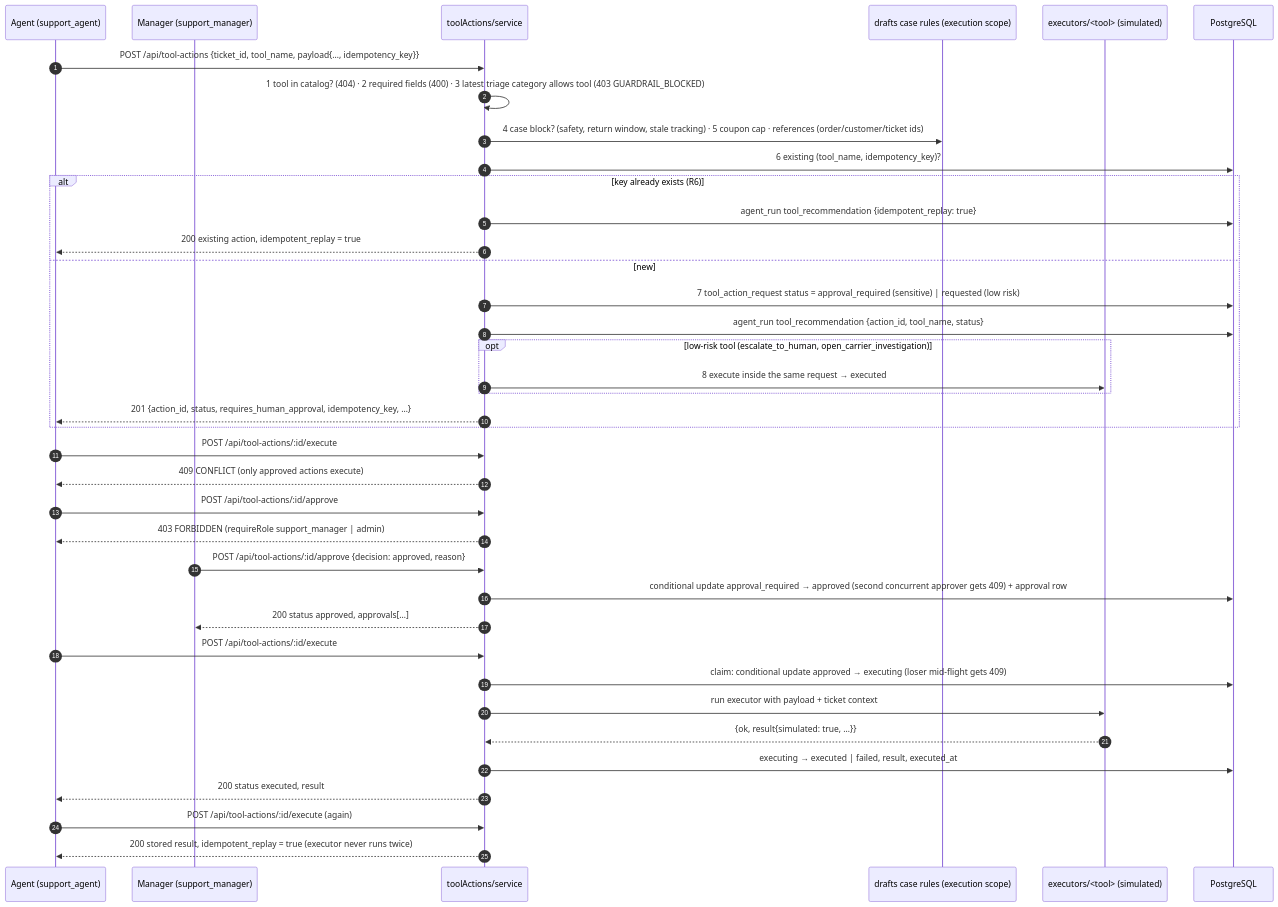
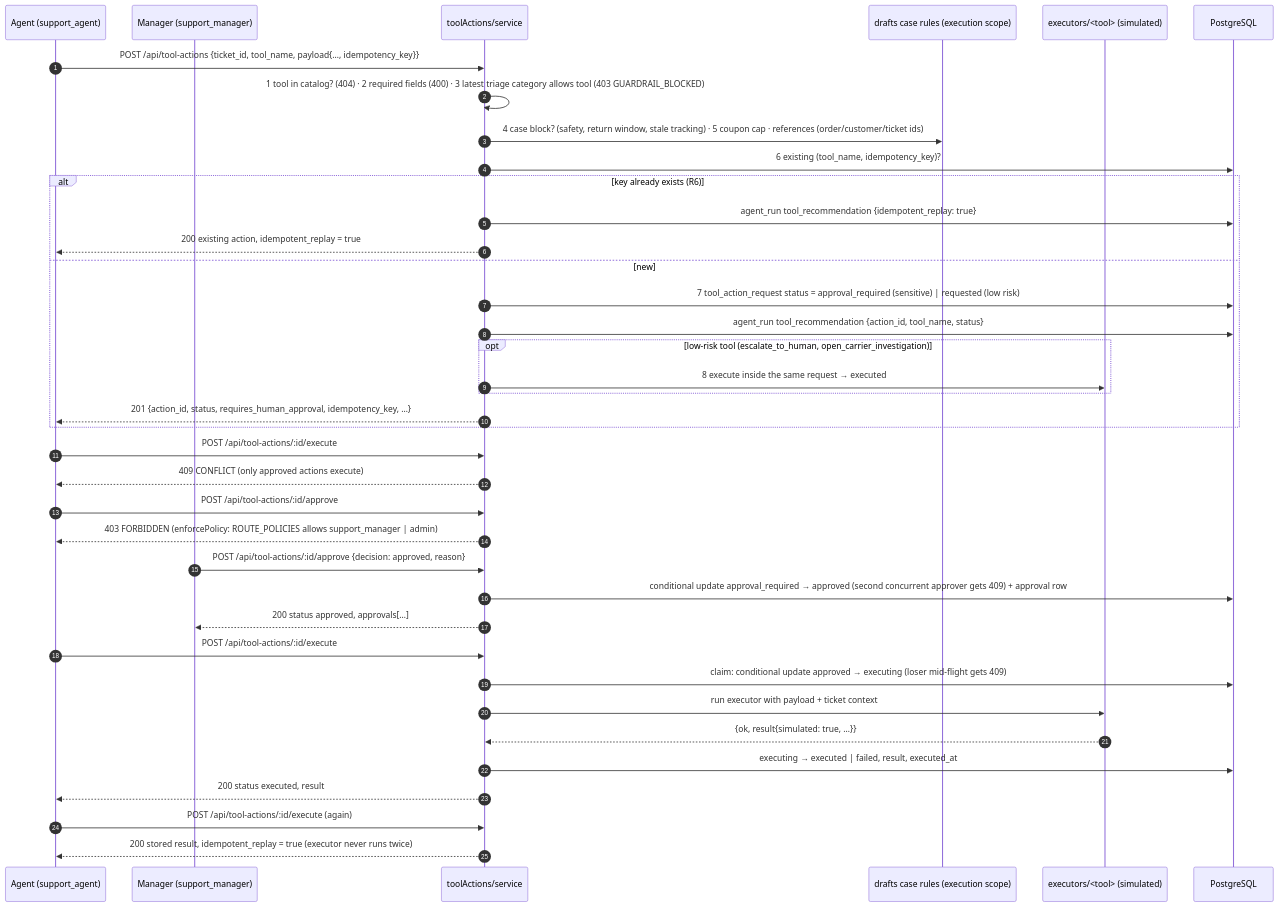
Before and after one commit to nitishkumar-builds/trustdesk: the third of 3 diagrams in docs_project/ARCHITECTURE.md, drawn with Mermaid. The commit also changed other lines of this file and 21 other files, not shown here.

Commit message:
Phase 11 post-review: case-insensitive route policy, retry usage accounting, price-table boot validation, embedding model filter, pagination, doc fixes

````diff
--- a/docs_project/ARCHITECTURE.md
+++ b/docs_project/ARCHITECTURE.md
@@ -151,46 +156,46 @@
 ```mermaid
 sequenceDiagram
     autonumber
     participant Agent as Agent (support_agent)
     participant Mgr as Manager (support_manager)
     participant S as toolActions/service
     participant RR as drafts case rules (execution scope)
     participant X as executors/<tool> (simulated)
     participant DB as PostgreSQL
 
     Agent->>S: POST /api/tool-actions {ticket_id, tool_name, payload{…, idempotency_key}}
     S->>S: 1 tool in catalog? (404) · 2 required fields (400) · 3 latest triage category allows tool (403 GUARDRAIL_BLOCKED)
     S->>RR: 4 case block? (safety, return window, stale tracking) · 5 coupon cap · references (order/customer/ticket ids)
     S->>DB: 6 existing (tool_name, idempotency_key)?
     alt key already exists (R6)
         S->>DB: agent_run tool_recommendation {idempotent_replay: true}
         S-->>Agent: 200 existing action, idempotent_replay = true
     else new
         S->>DB: 7 tool_action_request status = approval_required (sensitive) | requested (low risk)
         S->>DB: agent_run tool_recommendation {action_id, tool_name, status}
         opt low-risk tool (escalate_to_human, open_carrier_investigation)
             S->>X: 8 execute inside the same request → executed
         end
         S-->>Agent: 201 {action_id, status, requires_human_approval, idempotency_key, …}
     end
 
     Agent->>S: POST /api/tool-actions/:id/execute
     S-->>Agent: 409 CONFLICT (only approved actions execute)
 
     Agent->>S: POST /api/tool-actions/:id/approve
-    S-->>Agent: 403 FORBIDDEN (requireRole support_manager | admin)
+    S-->>Agent: 403 FORBIDDEN (enforcePolicy: ROUTE_POLICIES allows support_manager | admin)
 
     Mgr->>S: POST /api/tool-actions/:id/approve {decision: approved, reason}
     S->>DB: conditional update approval_required → approved (second concurrent approver gets 409) + approval row
     S-->>Mgr: 200 status approved, approvals[…]
 
     Agent->>S: POST /api/tool-actions/:id/execute
     S->>DB: claim: conditional update approved → executing (loser mid-flight gets 409)
     S->>X: run executor with payload + ticket context
     X-->>S: {ok, result{simulated: true, …}}
     S->>DB: executing → executed | failed, result, executed_at
     S-->>Agent: 200 status executed, result
 
     Agent->>S: POST /api/tool-actions/:id/execute (again)
     S-->>Agent: 200 stored result, idempotent_replay = true (executor never runs twice)
 ```
````
